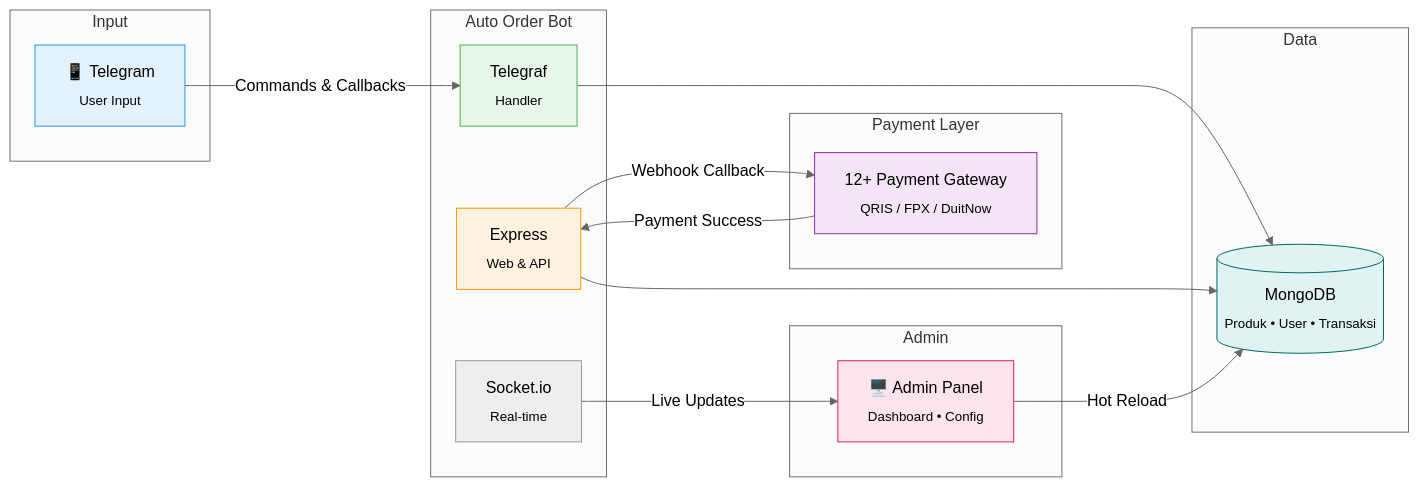
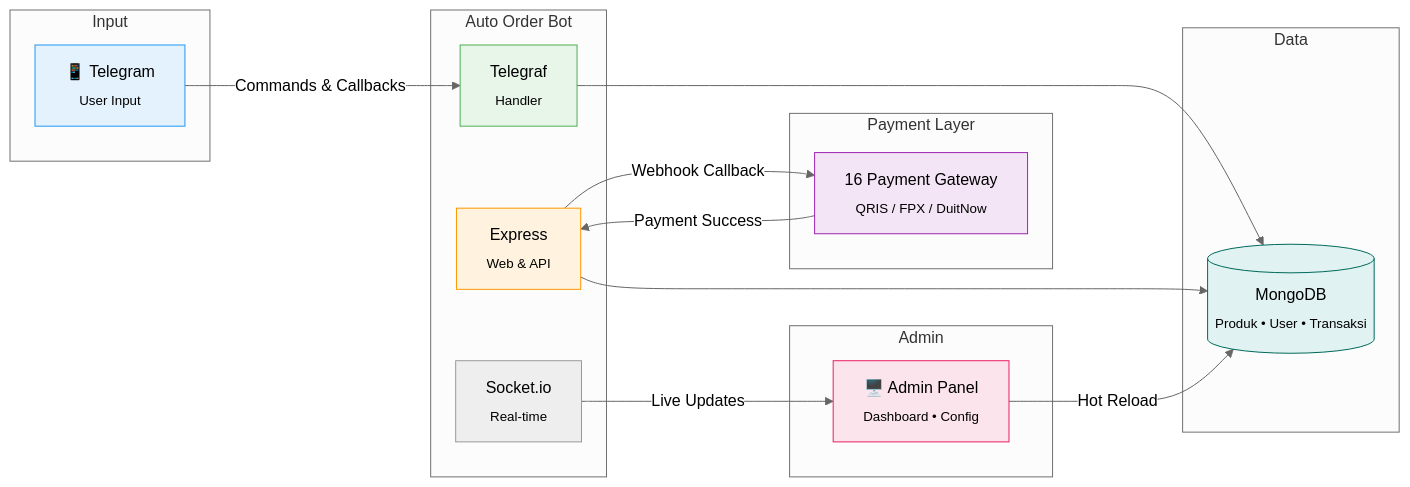
The first of 11 diagrams in README.md (jundy779/Auto_Order_BOT), drawn with Mermaid (neutral theme) before and after one commit. The commit also changed other lines of this file and 4 other files, not shown here.

````diff
--- a/README.md
+++ b/README.md
@@ -102,39 +111,39 @@
 ```mermaid
 graph LR
     subgraph Input
         TG[📱 Telegram<br/><sub>User Input</sub>]
     end
     
     subgraph Bot[Auto Order Bot]
         TE[Telegraf<br/><sub>Handler</sub>]
         EX[Express<br/><sub>Web & API</sub>]
         SO[Socket.io<br/><sub>Real-time</sub>]
     end
     
     subgraph Payment[Payment Layer]
-        PG[12+ Payment Gateway<br/><sub>QRIS / FPX / DuitNow</sub>]
+        PG[16 Payment Gateway<br/><sub>QRIS / FPX / DuitNow</sub>]
     end
     
     subgraph Data
         DB[(MongoDB<br/><sub>Produk • User • Transaksi</sub>)]
     end
     
     subgraph Admin
         AP[🖥️ Admin Panel<br/><sub>Dashboard • Config</sub>]
     end
     
     TG -->|Commands & Callbacks| TE
     TE --> DB
     EX -->|Webhook Callback| PG
     PG -->|Payment Success| EX
     EX --> DB
     AP -->|Hot Reload| DB
     SO -->|Live Updates| AP
     
     style TG fill:#e3f2fd,stroke:#2196f3
     style TE fill:#e8f5e9,stroke:#4caf50
     style EX fill:#fff3e0,stroke:#ff9800
     style PG fill:#f3e5f5,stroke:#9c27b0
     style DB fill:#e0f2f1,stroke:#00695c
     style AP fill:#fce4ec,stroke:#e91e63
 ```
````
